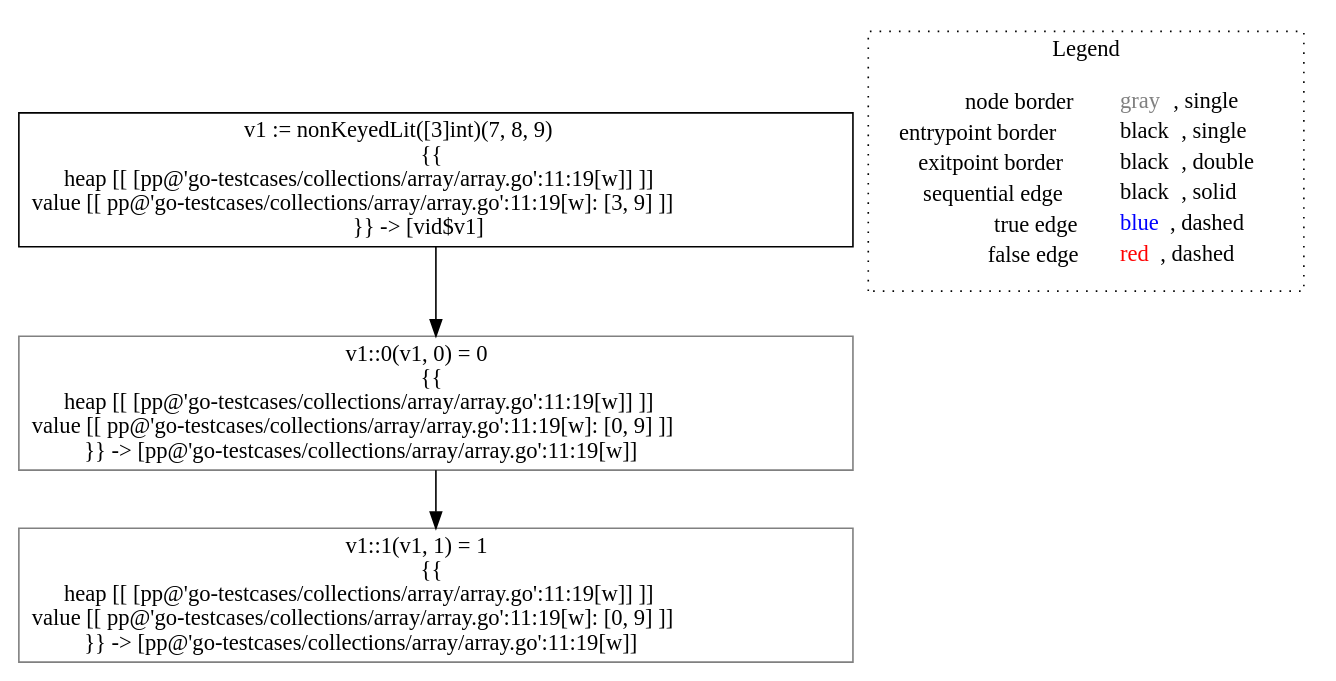
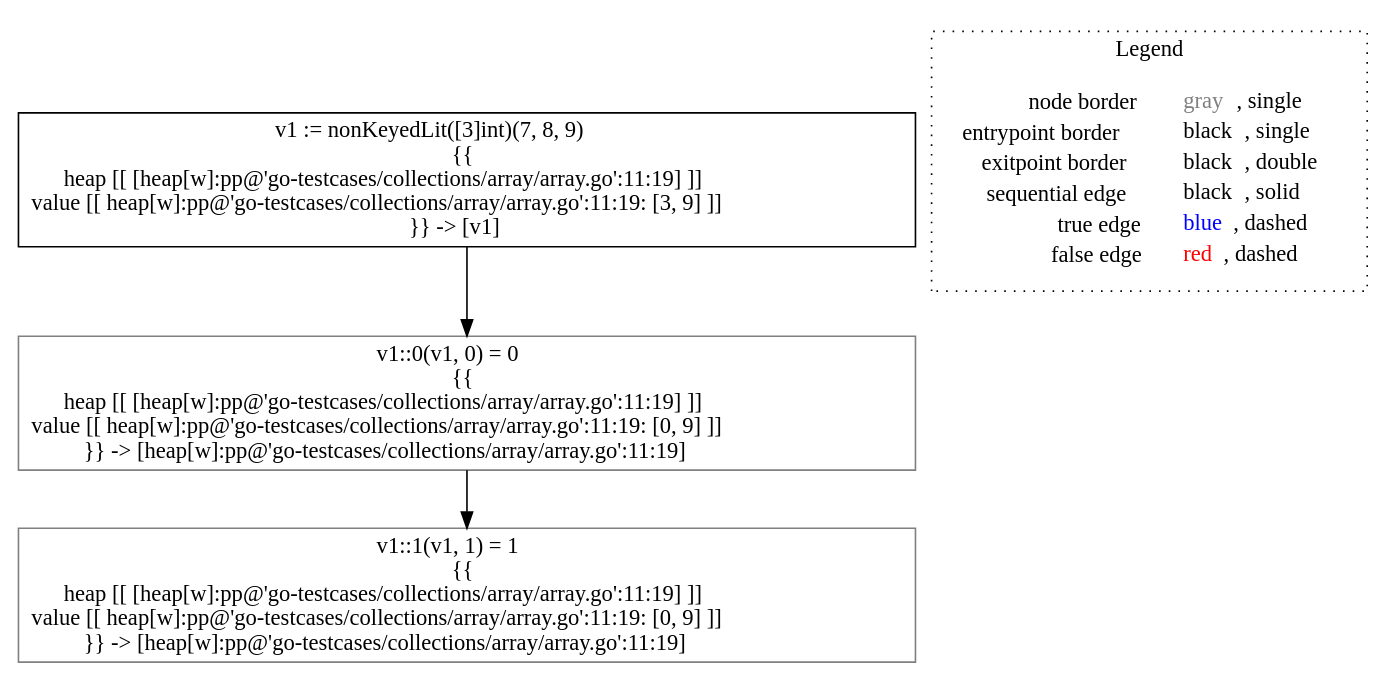
Before and after one commit to lisa-analyzer/go-lisa: the diagram in go-lisa/go-testcases/collections/array/analysis___untyped_~LiSAProgram.allocs().dot, drawn with Graphviz. The commit also changed 11 other files, not shown here.

```diff
--- a/go-lisa/go-testcases/collections/array/analysis___untyped_~LiSAProgram.allocs().dot
+++ b/go-lisa/go-testcases/collections/array/analysis___untyped_~LiSAProgram.allocs().dot
@@ -1,14 +1,14 @@
 digraph {
-	"node0" [shape="rect",color="black",label=<v1 := nonKeyedLit([3]int)(7, 8, 9)<BR/>{{<BR/>heap [[ [pp@'go-testcases/collections/array/array.go':11:19[w]] ]]<BR/>value [[ pp@'go-testcases/collections/array/array.go':11:19[w]: [3, 9] ]]<BR/>}} -&gt; [vid$v1]>];
-	"node1" [shape="rect",color="gray",label=<v1::0(v1, 0) = 0<BR/>{{<BR/>heap [[ [pp@'go-testcases/collections/array/array.go':11:19[w]] ]]<BR/>value [[ pp@'go-testcases/collections/array/array.go':11:19[w]: [0, 9] ]]<BR/>}} -&gt; [pp@'go-testcases/collections/array/array.go':11:19[w]]>];
-	"node2" [shape="rect",color="gray",label=<v1::1(v1, 1) = 1<BR/>{{<BR/>heap [[ [pp@'go-testcases/collections/array/array.go':11:19[w]] ]]<BR/>value [[ pp@'go-testcases/collections/array/array.go':11:19[w]: [0, 9] ]]<BR/>}} -&gt; [pp@'go-testcases/collections/array/array.go':11:19[w]]>];
+	"node0" [shape="rect",color="black",label=<v1 := nonKeyedLit([3]int)(7, 8, 9)<BR/>{{<BR/>heap [[ [heap[w]:pp@'go-testcases/collections/array/array.go':11:19] ]]<BR/>value [[ heap[w]:pp@'go-testcases/collections/array/array.go':11:19: [3, 9] ]]<BR/>}} -&gt; [v1]>];
+	"node1" [shape="rect",color="gray",label=<v1::0(v1, 0) = 0<BR/>{{<BR/>heap [[ [heap[w]:pp@'go-testcases/collections/array/array.go':11:19] ]]<BR/>value [[ heap[w]:pp@'go-testcases/collections/array/array.go':11:19: [0, 9] ]]<BR/>}} -&gt; [heap[w]:pp@'go-testcases/collections/array/array.go':11:19]>];
+	"node2" [shape="rect",color="gray",label=<v1::1(v1, 1) = 1<BR/>{{<BR/>heap [[ [heap[w]:pp@'go-testcases/collections/array/array.go':11:19] ]]<BR/>value [[ heap[w]:pp@'go-testcases/collections/array/array.go':11:19: [0, 9] ]]<BR/>}} -&gt; [heap[w]:pp@'go-testcases/collections/array/array.go':11:19]>];
+	"node0" -> "node1" [color="black"];
 	"node1" -> "node2" [color="black"];
-	"node0" -> "node1" [color="black"];
 subgraph cluster_legend {
 	label="Legend";
 	style=dotted;
 	node [shape=plaintext];
 	"legend" [label=<<table border="0" cellpadding="2" cellspacing="0" cellborder="0"><tr><td align="right">node border&nbsp;</td><td align="left"><font color="gray">gray</font>, single</td></tr><tr><td align="right">entrypoint border&nbsp;</td><td align="left"><font color="black">black</font>, single</td></tr><tr><td align="right">exitpoint border&nbsp;</td><td align="left"><font color="black">black</font>, double</td></tr><tr><td align="right">sequential edge&nbsp;</td><td align="left"><font color="black">black</font>, solid</td></tr><tr><td align="right">true edge&nbsp;</td><td align="left"><font color="blue">blue</font>, dashed</td></tr><tr><td align="right">false edge&nbsp;</td><td align="left"><font color="red">red</font>, dashed</td></tr></table>>];
 }
 
 }
```
